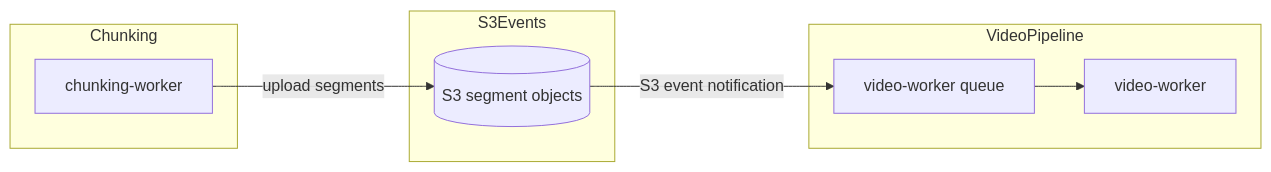
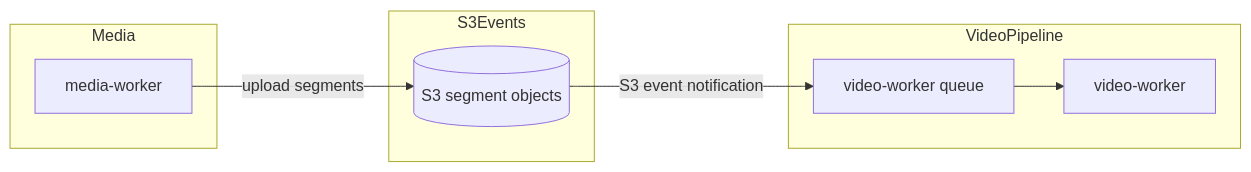
Before and after one commit to alexpialetski/stereo-spot: the third of 7 diagrams in ARCHITECTURE.md, drawn with Mermaid. The commit also changed other lines of this file and 87 other files, not shown here.

First line of the commit message:
feat: complete step 4.3 helm chart and Nx verification targets

````diff
--- a/ARCHITECTURE.md
+++ b/ARCHITECTURE.md
@@ -166,17 +164,17 @@
 ```mermaid
 flowchart LR
-    subgraph Chunking
-        CW[chunking-worker]
+    subgraph Media
+        MW[media-worker]
     end
     subgraph S3Events
         S3Seg[(S3 segment objects)]
     end
     subgraph VideoPipeline
         VQ[video-worker queue]
         VW[video-worker]
     end
 
-    CW -->|upload segments| S3Seg
+    MW -->|upload segments| S3Seg
     S3Seg -->|S3 event notification| VQ
     VQ --> VW
 ```
````
